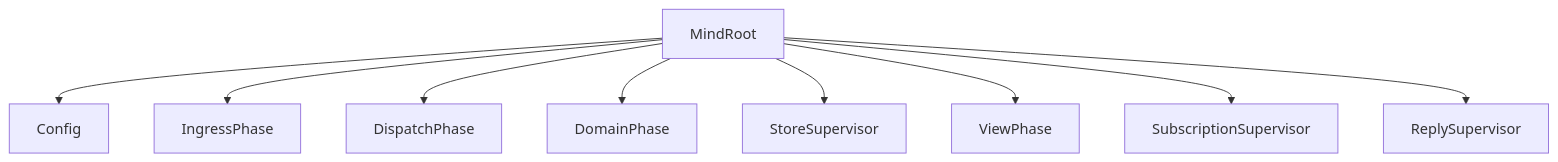
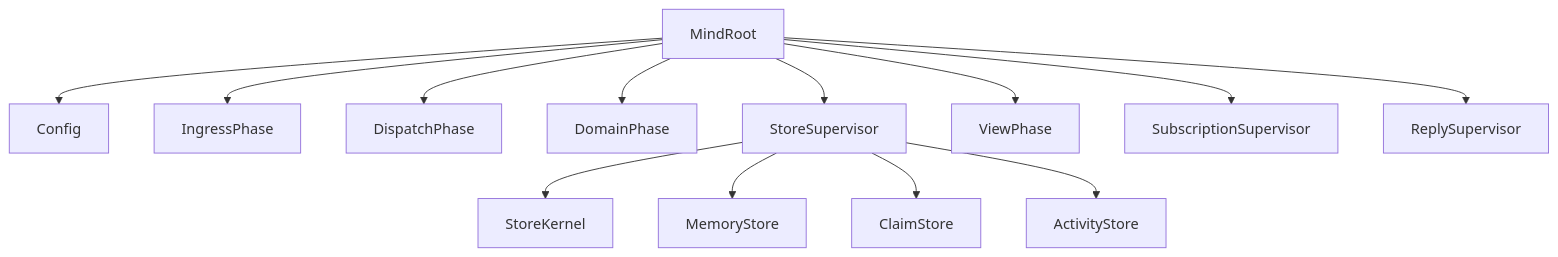
Before and after one commit to LiGoldragon/persona-orchestrate: the third of 7 diagrams in ARCHITECTURE.md, drawn with Mermaid. The commit also changed other lines of this file and 15 other files, not shown here.

Commit message:
mind: split store into kernel-owned actors

````diff
--- a/ARCHITECTURE.md
+++ b/ARCHITECTURE.md
@@ -131,11 +131,15 @@
 ```mermaid
 graph TB
     root[MindRoot] --> config[Config]
     root --> ingress[IngressPhase]
     root --> dispatch[DispatchPhase]
     root --> domain[DomainPhase]
     root --> store[StoreSupervisor]
+    store --> kernel[StoreKernel]
+    store --> memory[MemoryStore]
+    store --> claims[ClaimStore]
+    store --> activity[ActivityStore]
     root --> views[ViewPhase]
     root --> subscriptions[SubscriptionSupervisor]
     root --> reply[ReplySupervisor]
 ```
````
